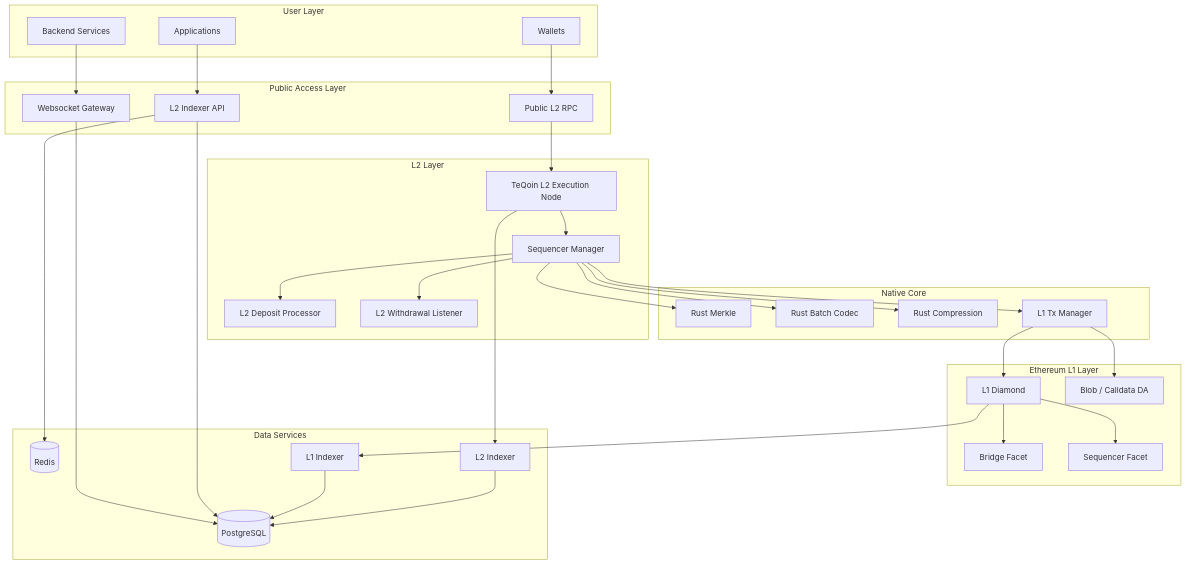
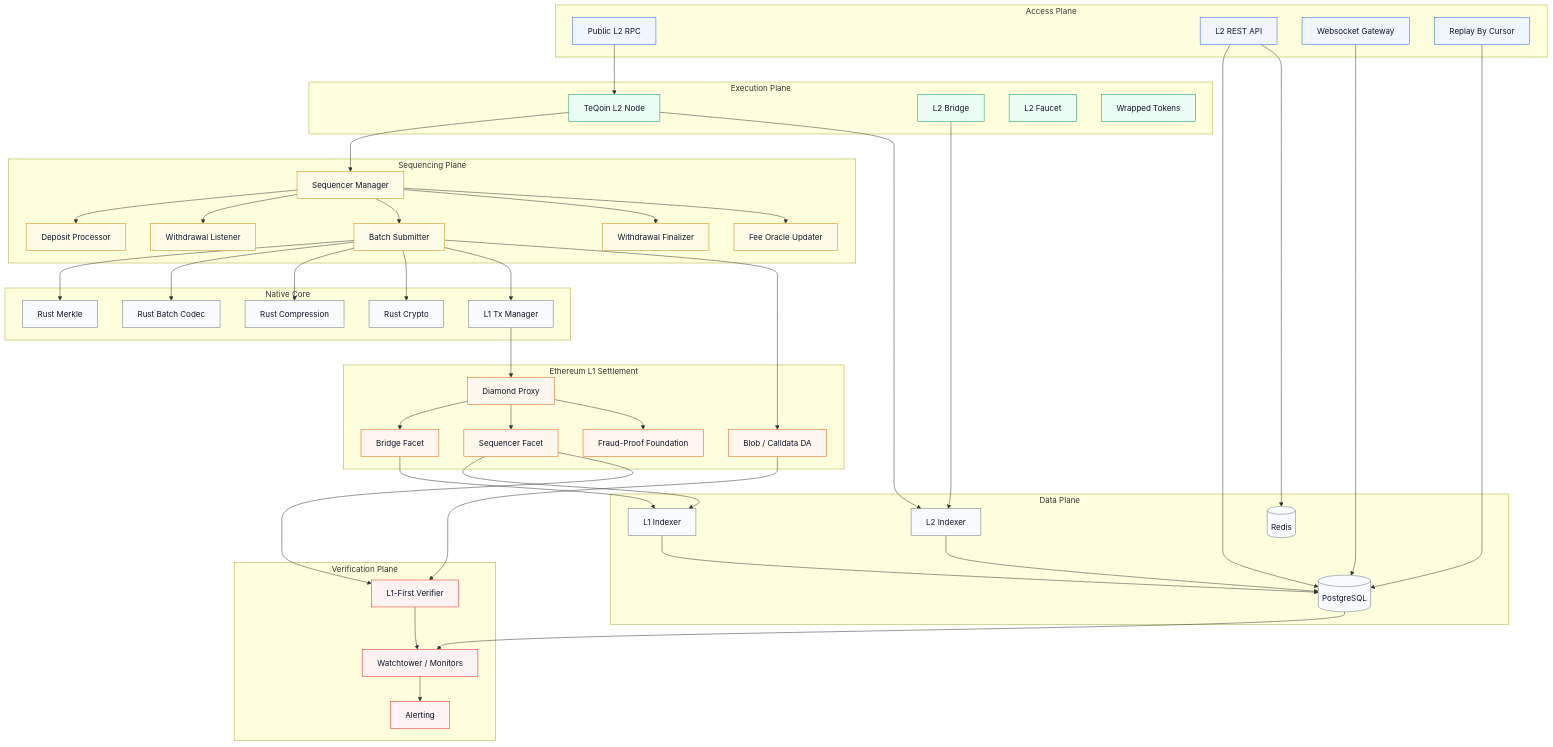
The first of 8 diagrams in docs/ARCHITECTURE.md (TeQoin-Blockchain/TeQoin-l2), drawn with Mermaid before and after one commit. The commit also changed other lines of this file and 2 other files, not shown here.

Commit message:
docs(readme): polish architecture visuals

````diff
--- a/docs/ARCHITECTURE.md
+++ b/docs/ARCHITECTURE.md
@@ -7,65 +20,102 @@
 ```mermaid
 flowchart TB
-  subgraph Users[User Layer]
-    wallet[Wallets]
-    apps[Applications]
-    backend[Backend Services]
+  classDef access fill:#eff6ff,stroke:#2563eb,color:#0f172a
+  classDef exec fill:#ecfdf5,stroke:#059669,color:#0f172a
+  classDef seq fill:#fefce8,stroke:#ca8a04,color:#0f172a
+  classDef l1 fill:#fff7ed,stroke:#ea580c,color:#0f172a
+  classDef data fill:#f8fafc,stroke:#64748b,color:#0f172a
+  classDef verify fill:#fef2f2,stroke:#dc2626,color:#0f172a
+
+  subgraph Access[Access Plane]
+    rpc[Public L2 RPC]
+    api[L2 REST API]
+    ws[Websocket Gateway]
+    replay[Replay By Cursor]
   end
 
-  subgraph Public[Public Access Layer]
-    rpc[Public L2 RPC]
-    api[L2 Indexer API]
-    ws[Websocket Gateway]
+  subgraph Execution[Execution Plane]
+    l2geth[TeQoin L2 Node]
+    l2bridge[L2 Bridge]
+    faucet[L2 Faucet]
+    tokens[Wrapped Tokens]
   end
 
-  subgraph L2[L2 Layer]
-    geth[TeQoin L2 Execution Node]
-    sequencer[Sequencer Manager]
-    processor[L2 Deposit Processor]
-    withdrawal[L2 Withdrawal Listener]
+  subgraph Sequencing[Sequencing Plane]
+    manager[Sequencer Manager]
+    deposits[Deposit Processor]
+    withdrawals[Withdrawal Listener]
+    batcher[Batch Submitter]
+    finalizer[Withdrawal Finalizer]
+    feeOracle[Fee Oracle Updater]
   end
 
-  subgraph Core[Native Core]
+  subgraph Native[Native Core]
     merkle[Rust Merkle]
     codec[Rust Batch Codec]
-    compression[Rust Compression]
-    txmgr[L1 Tx Manager]
+    zstd[Rust Compression]
+    crypto[Rust Crypto]
+    l1tx[L1 Tx Manager]
   end
 
-  subgraph L1[Ethereum L1 Layer]
-    diamond[L1 Diamond]
-    bridge[Bridge Facet]
-    seqfacet[Sequencer Facet]
+  subgraph Settlement[Ethereum L1 Settlement]
+    diamond[Diamond Proxy]
+    bridgeFacet[Bridge Facet]
+    sequencerFacet[Sequencer Facet]
     da[Blob / Calldata DA]
+    dispute[Fraud-Proof Foundation]
   end
 
-  subgraph Data[Data Services]
+  subgraph Data[Data Plane]
     postgres[(PostgreSQL)]
     redis[(Redis)]
     l2indexer[L2 Indexer]
     l1indexer[L1 Indexer]
   end
 
-  wallet --> rpc
-  apps --> api
-  backend --> ws
-  rpc --> geth
-  geth --> sequencer
-  sequencer --> processor
-  sequencer --> withdrawal
-  sequencer --> merkle
-  sequencer --> codec
-  sequencer --> compression
-  sequencer --> txmgr
-  txmgr --> diamond
-  txmgr --> da
-  diamond --> bridge
-  diamond --> seqfacet
-  geth --> l2indexer
-  diamond --> l1indexer
+  subgraph Verification[Verification Plane]
+    l1first[L1-First Verifier]
+    watchtower[Watchtower / Monitors]
+    alerts[Alerting]
+  end
+
+  rpc --> l2geth
+  api --> postgres
+  ws --> postgres
+  replay --> postgres
+  l2geth --> manager
+  l2geth --> l2indexer
+  l2bridge --> l2indexer
+  manager --> deposits
+  manager --> withdrawals
+  manager --> batcher
+  manager --> finalizer
+  manager --> feeOracle
+  batcher --> merkle
+  batcher --> codec
+  batcher --> zstd
+  batcher --> crypto
+  batcher --> l1tx
+  l1tx --> diamond
+  batcher --> da
+  diamond --> bridgeFacet
+  diamond --> sequencerFacet
+  diamond --> dispute
+  bridgeFacet --> l1indexer
+  sequencerFacet --> l1indexer
   l2indexer --> postgres
   l1indexer --> postgres
-  api --> postgres
-  ws --> postgres
   api --> redis
+  da --> l1first
+  sequencerFacet --> l1first
+  l1first --> watchtower
+  watchtower --> alerts
+  postgres --> watchtower
+
+  class rpc,api,ws,replay access
+  class l2geth,l2bridge,faucet,tokens exec
+  class manager,deposits,withdrawals,batcher,finalizer,feeOracle seq
+  class merkle,codec,zstd,crypto,l1tx data
+  class diamond,bridgeFacet,sequencerFacet,da,dispute l1
+  class postgres,redis,l2indexer,l1indexer data
+  class l1first,watchtower,alerts verify
 ```
````
